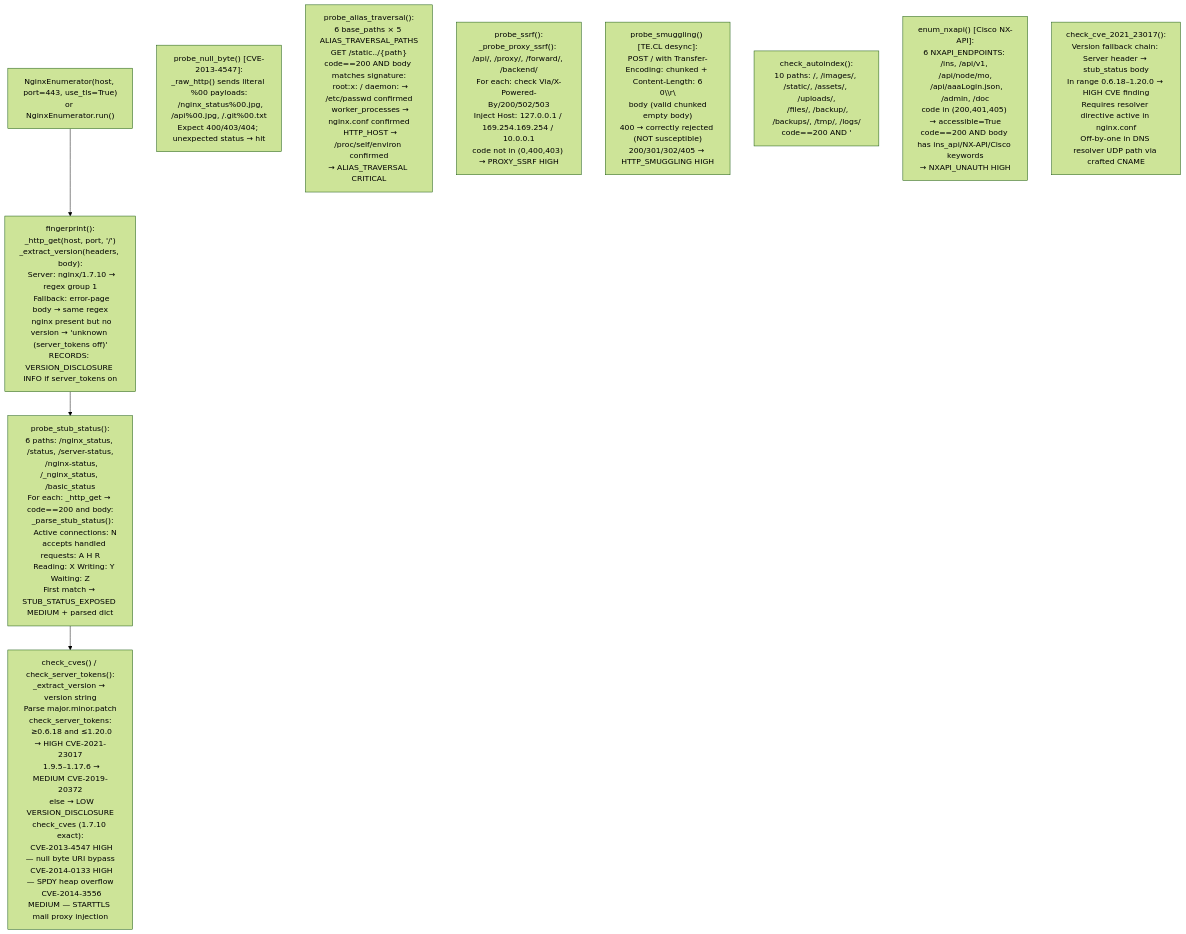
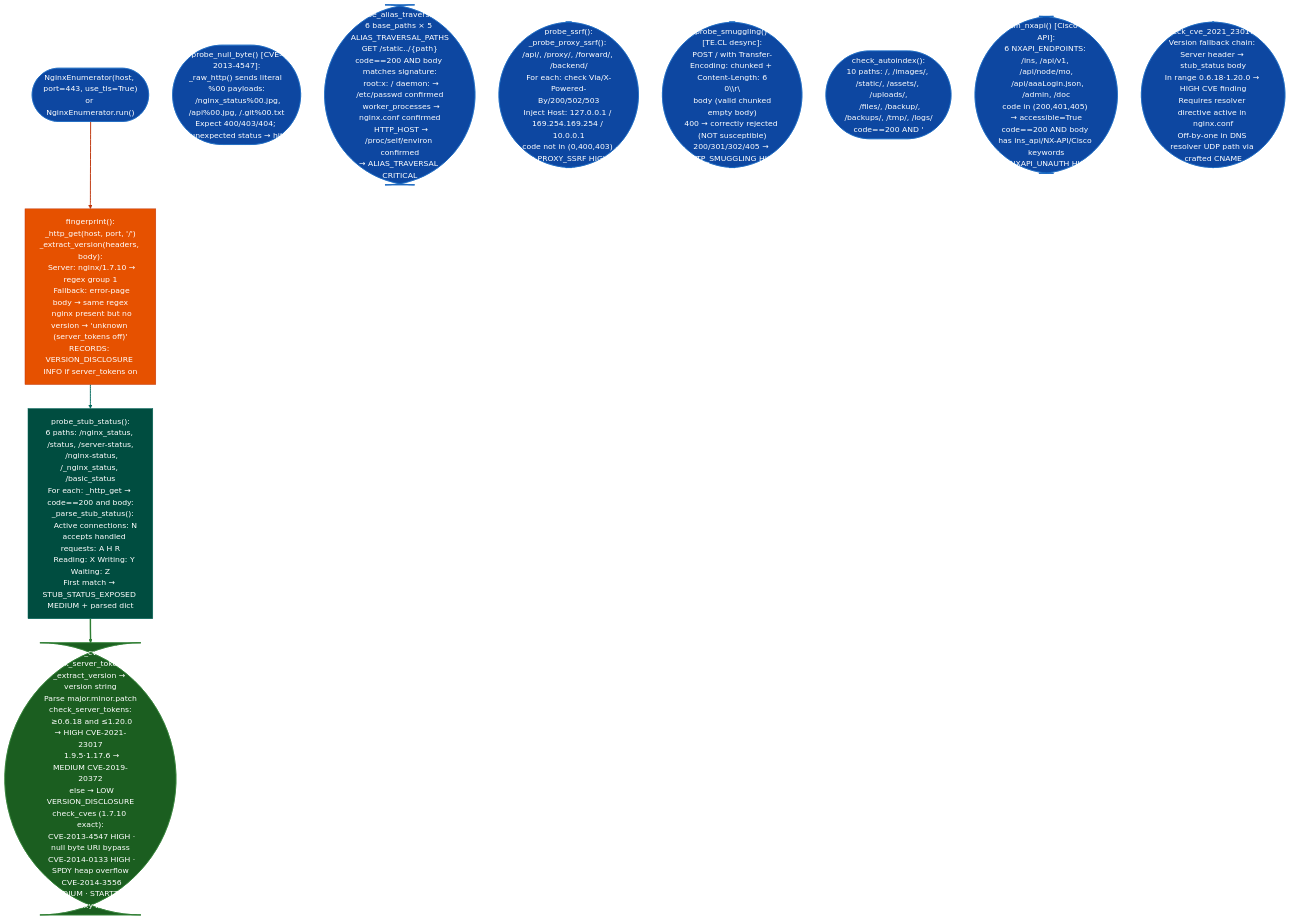
One commit to Ablation-Tool/ablation changed the diagram in docs/reference-modules/nginx-fingerprinting-and-exposure.md. Above: the diagram before and after it, drawn with Mermaid (forest theme). The commit also changed 320 other files, not shown here.

First line of the commit message:
docs: apply canonical Mermaid template to all 321 diagrams

````diff
--- a/docs/reference-modules/nginx-fingerprinting-and-exposure.md
+++ b/docs/reference-modules/nginx-fingerprinting-and-exposure.md
@@ -19,13 +19,22 @@
 ```mermaid
 flowchart TD
-    A["NginxEnumerator(host, port=443, use_tls=True)\nor NginxEnumerator.run()"] --> B["fingerprint():\n_http_get(host, port, '/')\n_extract_version(headers, body):\n  Server: nginx/1.7.10 → regex group 1\n  Fallback: error-page body → same regex\n  nginx present but no version → 'unknown (server_tokens off)'\nRECORDS: VERSION_DISCLOSURE INFO if server_tokens on"]
-    B --> C["probe_stub_status():\n6 paths: /nginx_status, /status, /server-status,\n  /nginx-status, /_nginx_status, /basic_status\nFor each: _http_get → code==200 and body:\n  _parse_stub_status():\n    Active connections: N\n    accepts handled requests: A H R\n    Reading: X Writing: Y Waiting: Z\nFirst match → STUB_STATUS_EXPOSED MEDIUM + parsed dict"]
-    C --> D["check_cves() / check_server_tokens():\n_extract_version → version string\nParse major.minor.patch\ncheck_server_tokens:\n  ≥0.6.18 and ≤1.20.0 → HIGH CVE-2021-23017\n  1.9.5–1.17.6 → MEDIUM CVE-2019-20372\n  else → LOW VERSION_DISCLOSURE\ncheck_cves (1.7.10 exact):\n  CVE-2013-4547 HIGH — null byte URI bypass\n  CVE-2014-0133 HIGH — SPDY heap overflow\n  CVE-2014-3556 MEDIUM — STARTTLS mail proxy injection"]
-    E["probe_null_byte() [CVE-2013-4547]:\n_raw_http() sends literal %00 payloads:\n  /nginx_status%00.jpg, /api%00.jpg, /.git%00.txt\nExpect 400/403/404; unexpected status → hit"]
-    F["probe_alias_traversal():\n6 base_paths × 5 ALIAS_TRAVERSAL_PATHS\nGET /static../{path}\ncode==200 AND body matches signature:\n  root:x: / daemon: → /etc/passwd confirmed\n  worker_processes → nginx.conf confirmed\n  HTTP_HOST → /proc/self/environ confirmed\n→ ALIAS_TRAVERSAL CRITICAL"]
-    G["probe_ssrf():\n_probe_proxy_ssrf(): /api/, /proxy/, /forward/, /backend/\nFor each: check Via/X-Powered-By/200/502/503\nInject Host: 127.0.0.1 / 169.254.169.254 / 10.0.0.1\ncode not in (0,400,403) → PROXY_SSRF HIGH"]
-    H["probe_smuggling() [TE.CL desync]:\nPOST / with Transfer-Encoding: chunked + Content-Length: 6\n0\\r\\n body (valid chunked empty body)\n400 → correctly rejected (NOT susceptible)\n200/301/302/405 → HTTP_SMUGGLING HIGH"]
-    I["check_autoindex():\n10 paths: /, /images/, /static/, /assets/, /uploads/,\n  /files/, /backup/, /backups/, /tmp/, /logs/\ncode==200 AND '<title>Index of' OR '<h1>Index of' in body\n→ AUTOINDEX CRITICAL + href entries sample"]
-    J["enum_nxapi() [Cisco NX-API]:\n6 NXAPI_ENDPOINTS: /ins, /api/v1, /api/node/mo,\n  /api/aaaLogin.json, /admin, /doc\ncode in (200,401,405) → accessible=True\ncode==200 AND body has ins_api/NX-API/Cisco keywords\n→ NXAPI_UNAUTH HIGH"]
-    K["check_cve_2021_23017():\nVersion fallback chain: Server header → stub_status body\nIn range 0.6.18–1.20.0 → HIGH CVE finding\nRequires resolver directive active in nginx.conf\nOff-by-one in DNS resolver UDP path via crafted CNAME"]
+    A(["NginxEnumerator(host, port=443, use_tls=True)\nor NginxEnumerator.run()"]):::input --> B["fingerprint():\n_http_get(host, port, '/')\n_extract_version(headers, body):\n  Server: nginx/1.7.10 → regex group 1\n  Fallback: error-page body → same regex\n  nginx present but no version → 'unknown (server_tokens off)'\nRECORDS: VERSION_DISCLOSURE INFO if server_tokens on"]:::primary
+    B:::primary --> C["probe_stub_status():\n6 paths: /nginx_status, /status, /server-status,\n  /nginx-status, /_nginx_status, /basic_status\nFor each: _http_get → code==200 and body:\n  _parse_stub_status():\n    Active connections: N\n    accepts handled requests: A H R\n    Reading: X Writing: Y Waiting: Z\nFirst match → STUB_STATUS_EXPOSED MEDIUM + parsed dict"]:::secondary
+    C:::secondary --> D(["check_cves() / check_server_tokens():\n_extract_version → version string\nParse major.minor.patch\ncheck_server_tokens:\n  ≥0.6.18 and ≤1.20.0 → HIGH CVE-2021-23017\n  1.9.5·1.17.6 → MEDIUM CVE-2019-20372\n  else → LOW VERSION_DISCLOSURE\ncheck_cves (1.7.10 exact):\n  CVE-2013-4547 HIGH · null byte URI bypass\n  CVE-2014-0133 HIGH · SPDY heap overflow\n  CVE-2014-3556 MEDIUM · STARTTLS mail proxy injection"]):::output
+    E(["probe_null_byte() [CVE-2013-4547]:\n_raw_http() sends literal %00 payloads:\n  /nginx_status%00.jpg, /api%00.jpg, /.git%00.txt\nExpect 400/403/404; unexpected status → hit"]):::input
+    F(["probe_alias_traversal():\n6 base_paths × 5 ALIAS_TRAVERSAL_PATHS\nGET /static../{path}\ncode==200 AND body matches signature:\n  root:x: / daemon: → /etc/passwd confirmed\n  worker_processes → nginx.conf confirmed\n  HTTP_HOST → /proc/self/environ confirmed\n→ ALIAS_TRAVERSAL CRITICAL"]):::input
+    G(["probe_ssrf():\n_probe_proxy_ssrf(): /api/, /proxy/, /forward/, /backend/\nFor each: check Via/X-Powered-By/200/502/503\nInject Host: 127.0.0.1 / 169.254.169.254 / 10.0.0.1\ncode not in (0,400,403) → PROXY_SSRF HIGH"]):::input
+    H(["probe_smuggling() [TE.CL desync]:\nPOST / with Transfer-Encoding: chunked + Content-Length: 6\n0\\r\\n body (valid chunked empty body)\n400 → correctly rejected (NOT susceptible)\n200/301/302/405 → HTTP_SMUGGLING HIGH"]):::input
+    I(["check_autoindex():\n10 paths: /, /images/, /static/, /assets/, /uploads/,\n  /files/, /backup/, /backups/, /tmp/, /logs/\ncode==200 AND '<title>Index of' OR '<h1>Index of' in body\n→ AUTOINDEX CRITICAL + href entries sample"]):::input
+    J(["enum_nxapi() [Cisco NX-API]:\n6 NXAPI_ENDPOINTS: /ins, /api/v1, /api/node/mo,\n  /api/aaaLogin.json, /admin, /doc\ncode in (200,401,405) → accessible=True\ncode==200 AND body has ins_api/NX-API/Cisco keywords\n→ NXAPI_UNAUTH HIGH"]):::input
+    K(["check_cve_2021_23017():\nVersion fallback chain: Server header → stub_status body\nIn range 0.6.18·1.20.0 → HIGH CVE finding\nRequires resolver directive active in nginx.conf\nOff-by-one in DNS resolver UDP path via crafted CNAME"]):::input
+    classDef input     fill:#0d47a1,stroke:#1565c0,color:#fff
+    classDef primary   fill:#e65100,stroke:#bf360c,color:#fff
+    classDef secondary fill:#004d40,stroke:#00695c,color:#fff
+    classDef tertiary  fill:#4a148c,stroke:#6a1b9a,color:#fff
+    classDef neutral   fill:#37474f,stroke:#546e7a,color:#fff
+    classDef output    fill:#1b5e20,stroke:#2e7d32,color:#fff
+    linkStyle 0 stroke:#bf360c,stroke-width:2px
+    linkStyle 1 stroke:#00695c,stroke-width:2px
+    linkStyle 2 stroke:#2e7d32,stroke-width:3px
 ```
````
